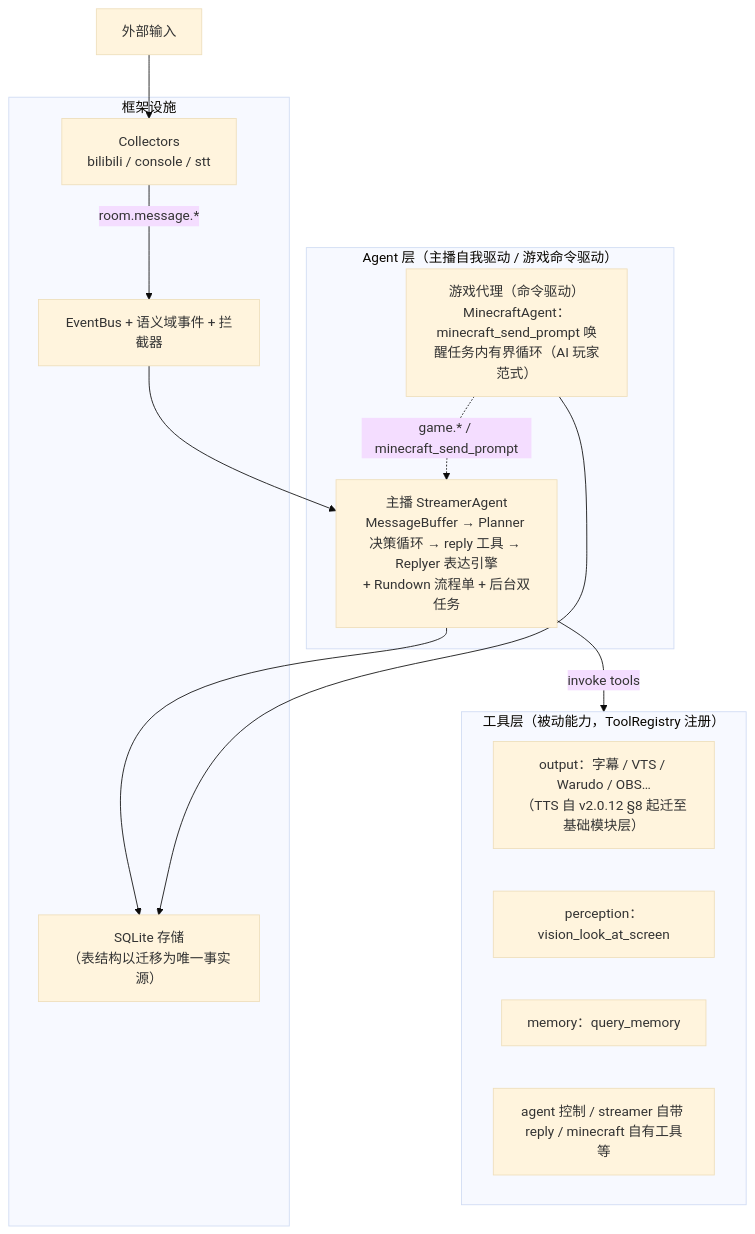
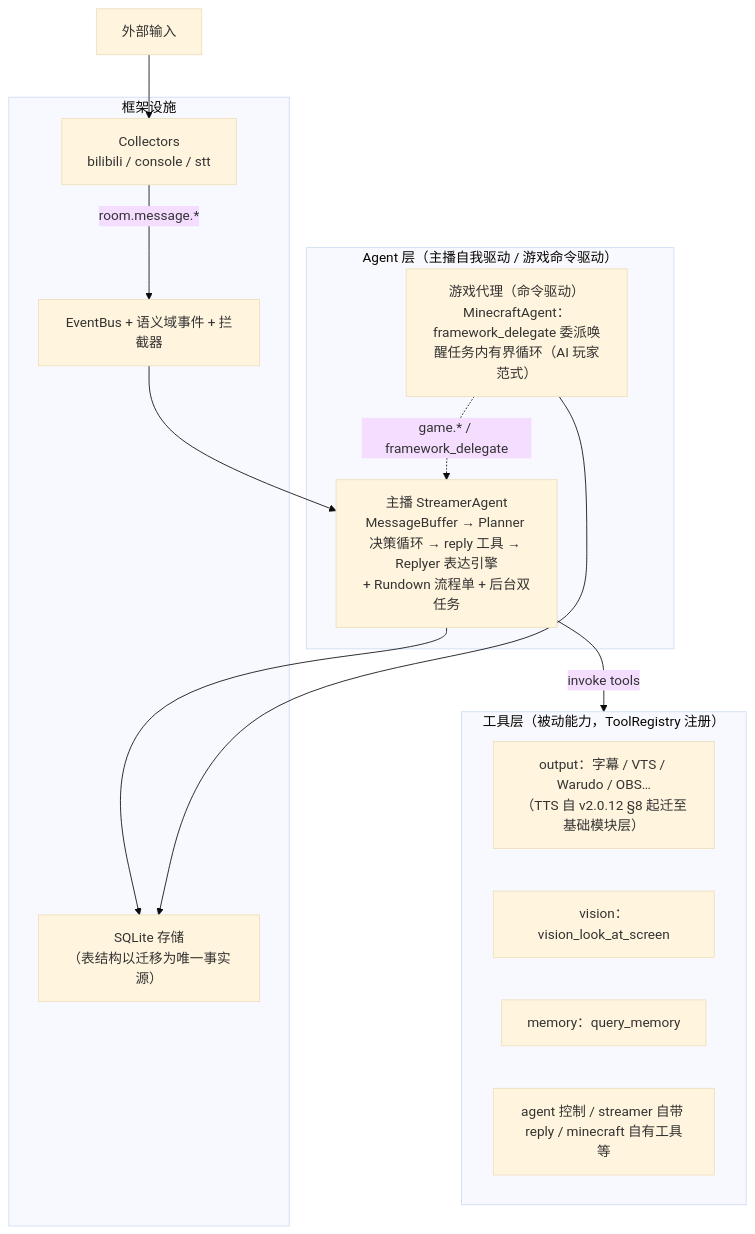
One commit to LittleSadSheep/Amaidesu changed the diagram in docs/architecture/v2-architecture.md. Above: the diagram before and after it, drawn with Mermaid (base theme). The commit also changed other lines of this file and 14 other files, not shown here.

````diff
--- a/docs/architecture/v2-architecture.md
+++ b/docs/architecture/v2-architecture.md
@@ -114,23 +114,23 @@
 ```mermaid
 flowchart TB
     subgraph Agents["Agent 层（主播自我驱动 / 游戏命令驱动）"]
         SA["主播 StreamerAgent<br/>MessageBuffer → Planner 决策循环 → reply 工具 → Replyer 表达引擎<br/>+ Rundown 流程单 + 后台双任务"]
-        GA["游戏代理（命令驱动）<br/>MinecraftAgent：minecraft_send_prompt 唤醒任务内有界循环（AI 玩家范式）"]
+        GA["游戏代理（命令驱动）<br/>MinecraftAgent：framework_delegate 委派唤醒任务内有界循环（AI 玩家范式）"]
     end
     subgraph Tools["工具层（被动能力，ToolRegistry 注册）"]
         T1["output：字幕 / VTS / Warudo / OBS…<br/>（TTS 自 v2.0.12 §8 起迁至基础模块层）"]
-        T2["perception：vision_look_at_screen"]
+        T2["vision：vision_look_at_screen"]
         T3["memory：query_memory"]
         T4["agent 控制 / streamer 自带 reply / minecraft 自有工具等"]
     end
     subgraph Infra["框架设施"]
         COL["Collectors<br/>bilibili / console / stt"]
         BUS["EventBus + 语义域事件 + 拦截器"]
         STO["SQLite 存储<br/>（表结构以迁移为唯一事实源）"]
     end
     EXT["外部输入"] --> COL -->|"room.message.*"| BUS
     BUS --> SA
-    GA -.->|"game.* / minecraft_send_prompt"| SA
+    GA -.->|"game.* / framework_delegate"| SA
     SA -->|"invoke tools"| Tools
     SA & GA --> STO
 ```
````
